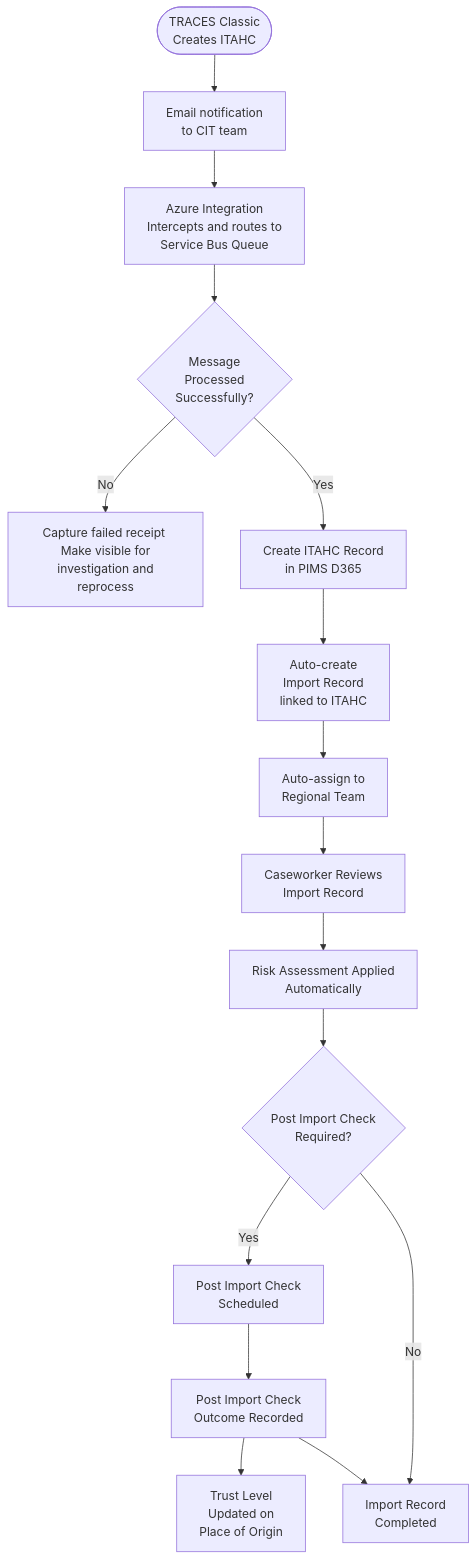
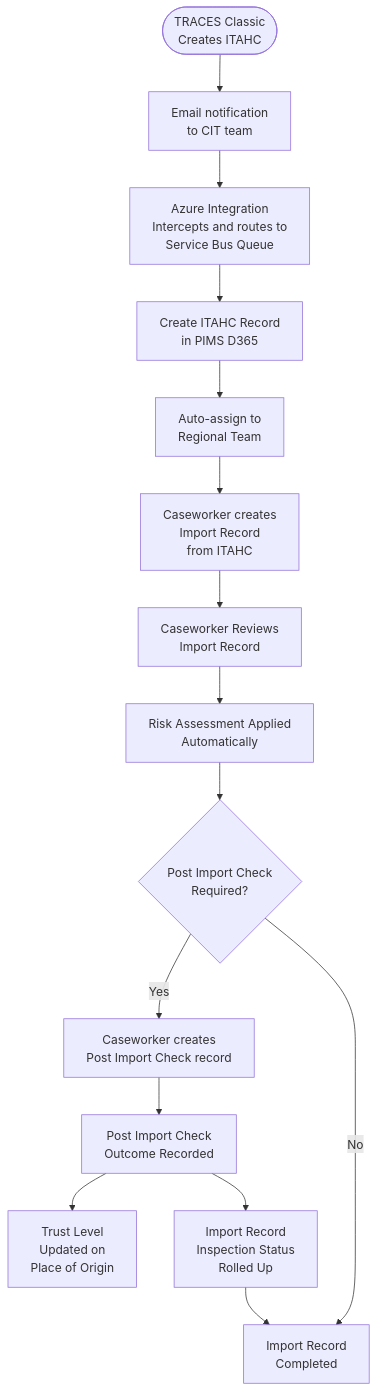
Before and after one commit to DEFRA/trade-imports-pims: the first of 7 diagrams in docs/requirements/diagrams/process-flows.md, drawn with Mermaid. The commit also changed other lines of this file and 132 other files, not shown here.

````diff
--- a/docs/requirements/diagrams/process-flows.md
+++ b/docs/requirements/diagrams/process-flows.md
@@ -9,18 +9,17 @@
 ```mermaid
 flowchart TD
     A([TRACES Classic <br/> Creates ITAHC]) --> B[Email notification <br/> to CIT team]
     B --> C[Azure Integration <br/> Intercepts and routes to <br/> Service Bus Queue]
-    C --> D{Message <br/> Processed <br/> Successfully?}
-    D -->|No| E[Capture failed receipt <br/> Make visible for <br/> investigation and reprocess]
-    D -->|Yes| F[Create ITAHC Record <br/> in PIMS D365]
-    F --> G[Auto-create <br/> Import Record <br/> linked to ITAHC]
-    G --> H[Auto-assign to <br/> Regional Team]
-    H --> I[Caseworker Reviews <br/> Import Record]
+    C --> F[Create ITAHC Record <br/> in PIMS D365]
+    F --> H[Auto-assign to <br/> Regional Team]
+    H --> G[Caseworker creates <br/> Import Record <br/> from ITAHC]
+    G --> I[Caseworker Reviews <br/> Import Record]
     I --> J[Risk Assessment Applied <br/> Automatically]
     J --> K{Post Import Check <br/> Required?}
-    K -->|Yes| L[Post Import Check <br/> Scheduled]
+    K -->|Yes| L[Caseworker creates <br/> Post Import Check record]
     K -->|No| M[Import Record <br/> Completed]
     L --> N[Post Import Check <br/> Outcome Recorded]
     N --> O[Trust Level <br/> Updated on <br/> Place of Origin]
-    N --> M
+    N --> P[Import Record <br/> Inspection Status <br/> Rolled Up]
+    P --> M
 ```
````
